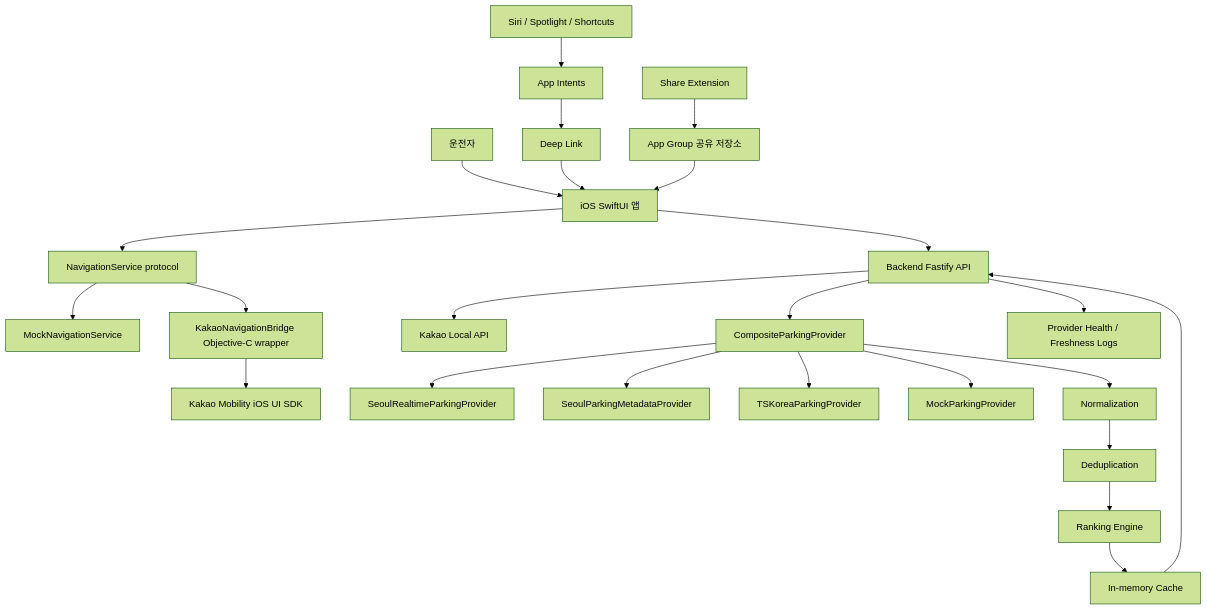
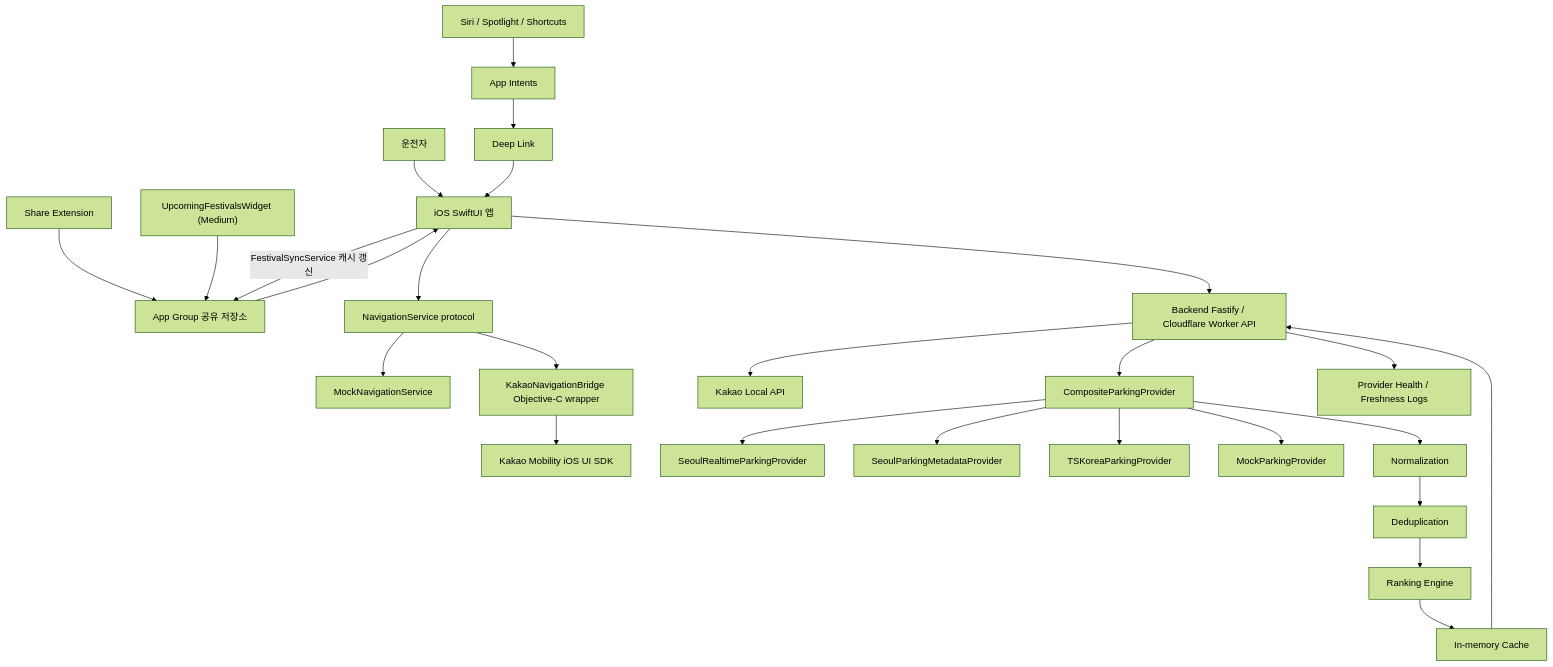
Before and after one commit to sangminbis9/parking-lot-navigator: the diagram in docs/architecture/system-diagram.md, drawn with Mermaid (forest theme). The commit also changed other lines of this file and 8 other files, not shown here.

````diff
--- a/docs/architecture/system-diagram.md
+++ b/docs/architecture/system-diagram.md
@@ -3,31 +3,33 @@
 ```mermaid
 flowchart TD
   User["운전자"] --> IOS["iOS SwiftUI 앱"]
   Siri["Siri / Spotlight / Shortcuts"] --> Intents["App Intents"]
   Share["Share Extension"] --> SharedStore["App Group 공유 저장소"]
+  Widget["UpcomingFestivalsWidget (Medium)"] --> SharedStore
   DeepLink["Deep Link"] --> IOS
 
   Intents --> DeepLink
   SharedStore --> IOS
+  IOS -- "FestivalSyncService 캐시 갱신" --> SharedStore
 
-  IOS --> API["Backend Fastify API"]
+  IOS --> API["Backend Fastify / Cloudflare Worker API"]
   IOS --> NavService["NavigationService protocol"]
   NavService --> MockNav["MockNavigationService"]
   NavService --> KakaoBridge["KakaoNavigationBridge Objective-C wrapper"]
   KakaoBridge --> KakaoNav["Kakao Mobility iOS UI SDK"]
 
   API --> KakaoLocal["Kakao Local API"]
   API --> Composite["CompositeParkingProvider"]
   Composite --> SeoulRT["SeoulRealtimeParkingProvider"]
   Composite --> SeoulMeta["SeoulParkingMetadataProvider"]
   Composite --> TS["TSKoreaParkingProvider"]
   Composite --> Mock["MockParkingProvider"]
 
   Composite --> Normalize["Normalization"]
   Normalize --> Dedup["Deduplication"]
   Dedup --> Rank["Ranking Engine"]
   Rank --> Cache["In-memory Cache"]
   Cache --> API
 
   API --> Health["Provider Health / Freshness Logs"]
 ```
````
